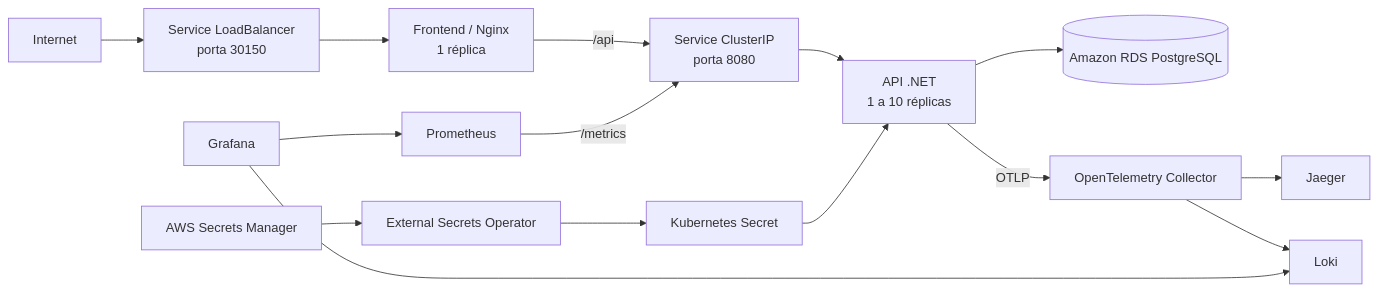
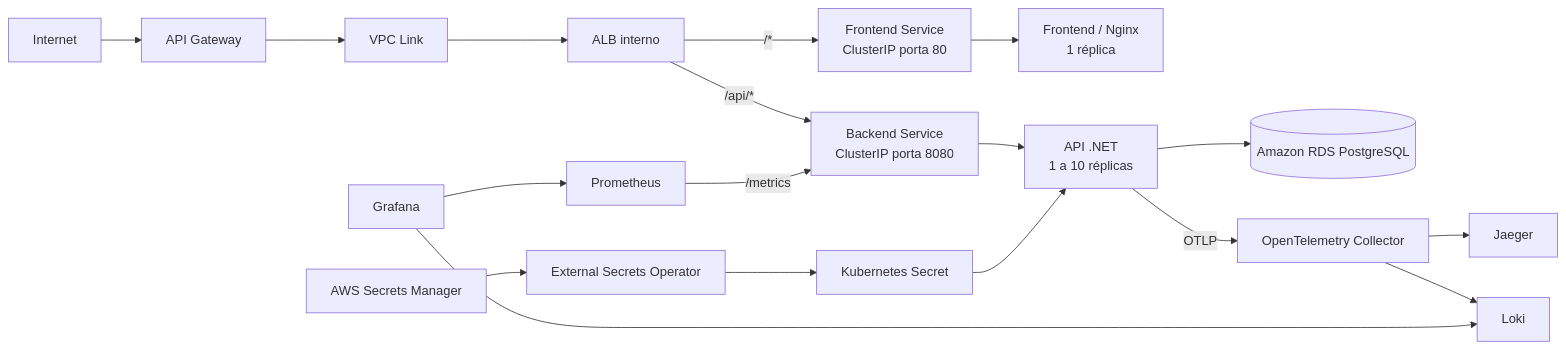
The diagram in k8s/README.md (Maieru/fiap-tech-challenge), drawn with Mermaid before and after one commit. The commit also changed other lines of this file and 7 other files, not shown here.

Commit message:
Adição inicial de API Gateway + recursos necessários para seu funcionamento

````diff
--- a/k8s/README.md
+++ b/k8s/README.md
@@ -7,17 +7,20 @@
 ```mermaid
 graph LR
-    Internet --> LB["Service LoadBalancer<br/>porta 30150"]
-    LB --> Frontend["Frontend / Nginx<br/>1 réplica"]
-    Frontend -->|"/api"| BackendService["Service ClusterIP<br/>porta 8080"]
+    Internet --> Gateway["API Gateway"]
+    Gateway --> Link["VPC Link"]
+    Link --> ALB["ALB interno"]
+    ALB -->|"/*"| FrontendService["Frontend Service<br/>ClusterIP porta 80"]
+    FrontendService --> Frontend["Frontend / Nginx<br/>1 réplica"]
+    ALB -->|"/api/*"| BackendService["Backend Service<br/>ClusterIP porta 8080"]
     BackendService --> Backend["API .NET<br/>1 a 10 réplicas"]
     Backend --> RDS[(Amazon RDS PostgreSQL)]
     Backend -->|"OTLP"| Collector[OpenTelemetry Collector]
     Collector --> Jaeger
     Collector --> Loki
     Prometheus -->|"/metrics"| BackendService
     Grafana --> Prometheus
     Grafana --> Loki
     Secrets["AWS Secrets Manager"] --> ExternalSecrets["External Secrets Operator"]
     ExternalSecrets --> BackendSecret["Kubernetes Secret"]
     BackendSecret --> Backend
 ```
````
